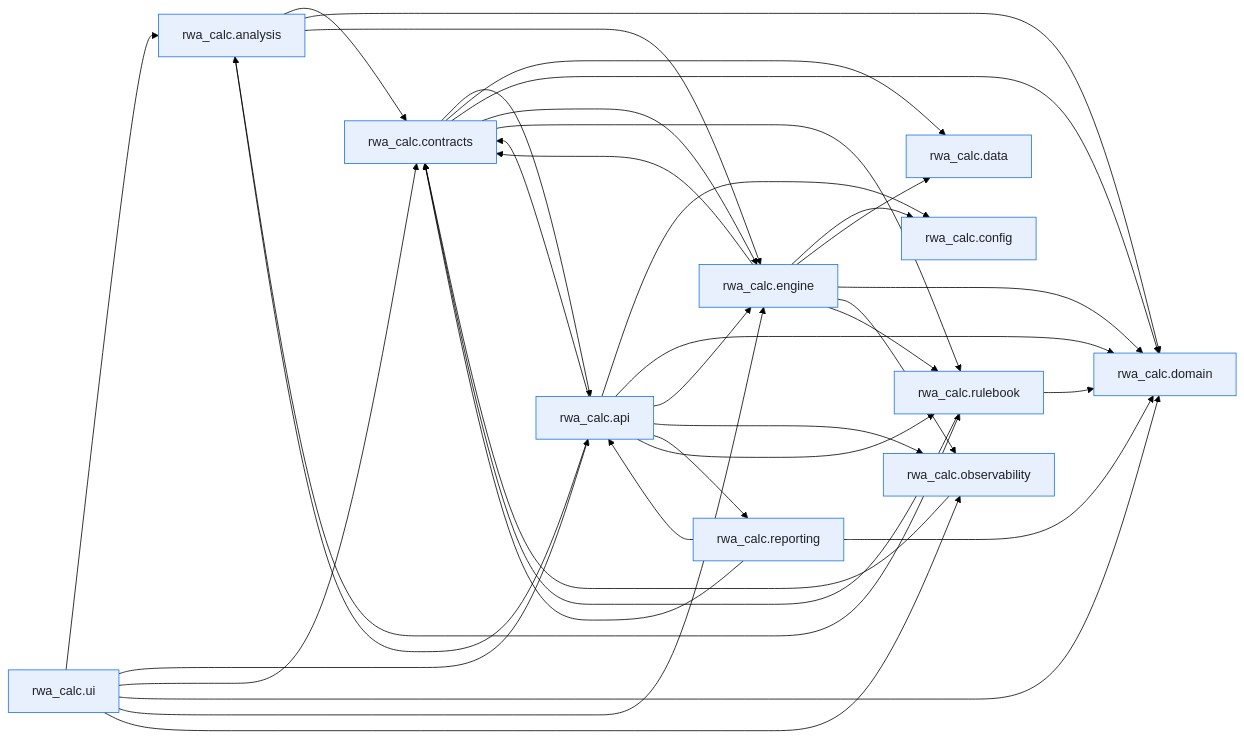
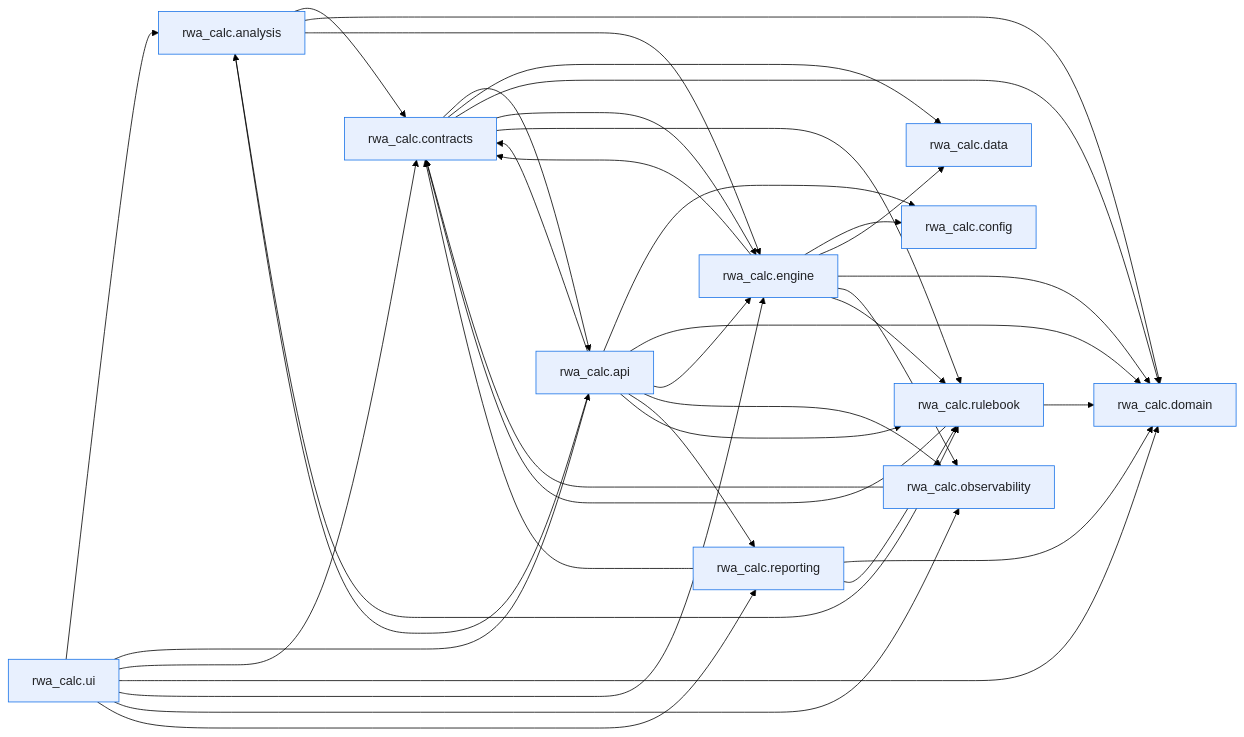
Before and after one commit to OpenAfterHours/rwa_calculator: the first of 2 diagrams in docs/development/module-dependencies.md, drawn with Mermaid (forest theme). The commit also changed other lines of this file and 7 other files, not shown here.

````diff
--- a/docs/development/module-dependencies.md
+++ b/docs/development/module-dependencies.md
@@ -27,51 +27,52 @@
 ```mermaid
 flowchart LR
     p0["rwa_calc.analysis"]
     p1["rwa_calc.api"]
     p2["rwa_calc.config"]
     p3["rwa_calc.contracts"]
     p4["rwa_calc.data"]
     p5["rwa_calc.domain"]
     p6["rwa_calc.engine"]
     p7["rwa_calc.observability"]
     p8["rwa_calc.reporting"]
     p9["rwa_calc.rulebook"]
     p10["rwa_calc.ui"]
     p0 --> p3
     p0 --> p5
     p0 --> p6
     p0 --> p9
     p1 --> p0
     p1 --> p2
     p1 --> p3
     p1 --> p5
     p1 --> p6
     p1 --> p7
     p1 --> p8
     p1 --> p9
     p3 --> p1
     p3 --> p4
     p3 --> p5
     p3 --> p6
     p3 --> p9
     p6 --> p2
     p6 --> p3
     p6 --> p4
     p6 --> p5
     p6 --> p7
     p6 --> p9
     p7 --> p3
-    p8 --> p1
     p8 --> p3
     p8 --> p5
+    p8 --> p9
     p9 --> p3
     p9 --> p5
     p10 --> p0
     p10 --> p1
     p10 --> p3
     p10 --> p5
     p10 --> p6
     p10 --> p7
+    p10 --> p8
     classDef first_party fill:#e8f0fe,stroke:#1a73e8,color:#202124
     class p0,p1,p2,p3,p4,p5,p6,p7,p8,p9,p10 first_party
 ```
````
